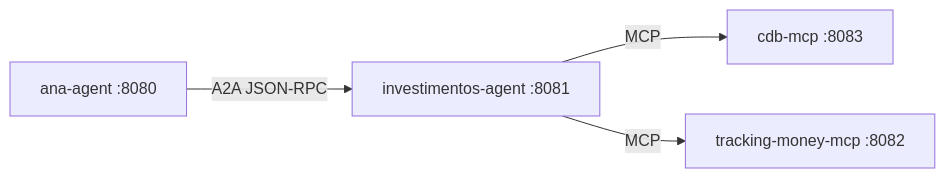
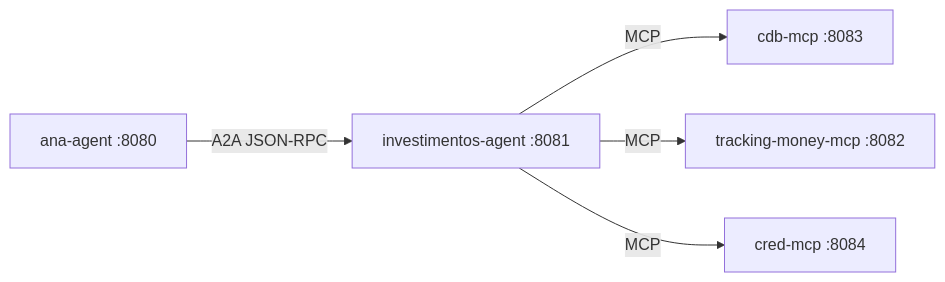
One commit to diegolirio/ai-demos changed the first of 2 diagrams in agent-to-agent/README.md. Above: the diagram before and after it, drawn with Mermaid. The commit also changed other lines of this file and 2 other files, not shown here.

Commit message:
docs: cred-mcp, CPF e retorno no smoke, README e guia de testes

````diff
--- a/agent-to-agent/README.md
+++ b/agent-to-agent/README.md
@@ -11,11 +12,13 @@
 ```mermaid
 graph LR
       Ana[ana-agent :8080]
       Invest[investimentos-agent :8081]
       CDB[cdb-mcp :8083]
       TM[tracking-money-mcp :8082]
+      CRED[cred-mcp :8084]
   
       Ana -->|A2A JSON-RPC| Invest
       Invest -->|MCP| CDB
       Invest -->|MCP| TM
+      Invest -->|MCP| CRED
 ```
````
